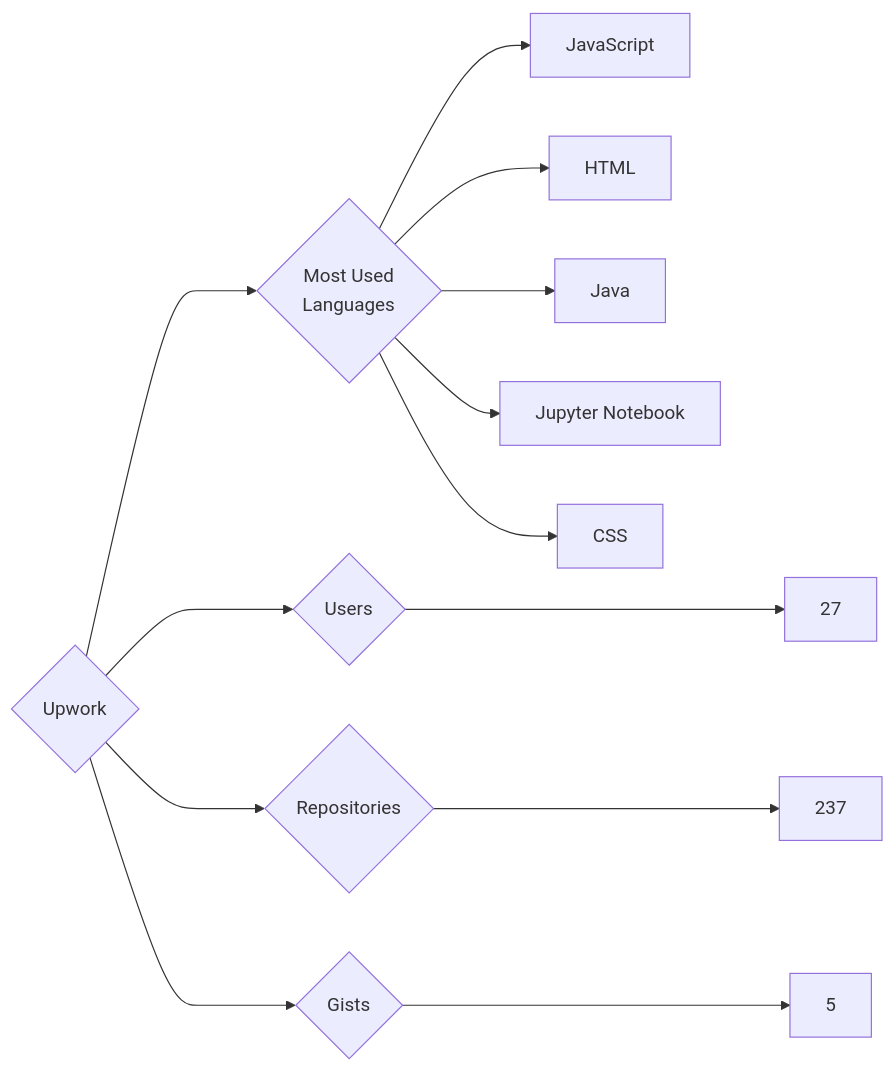
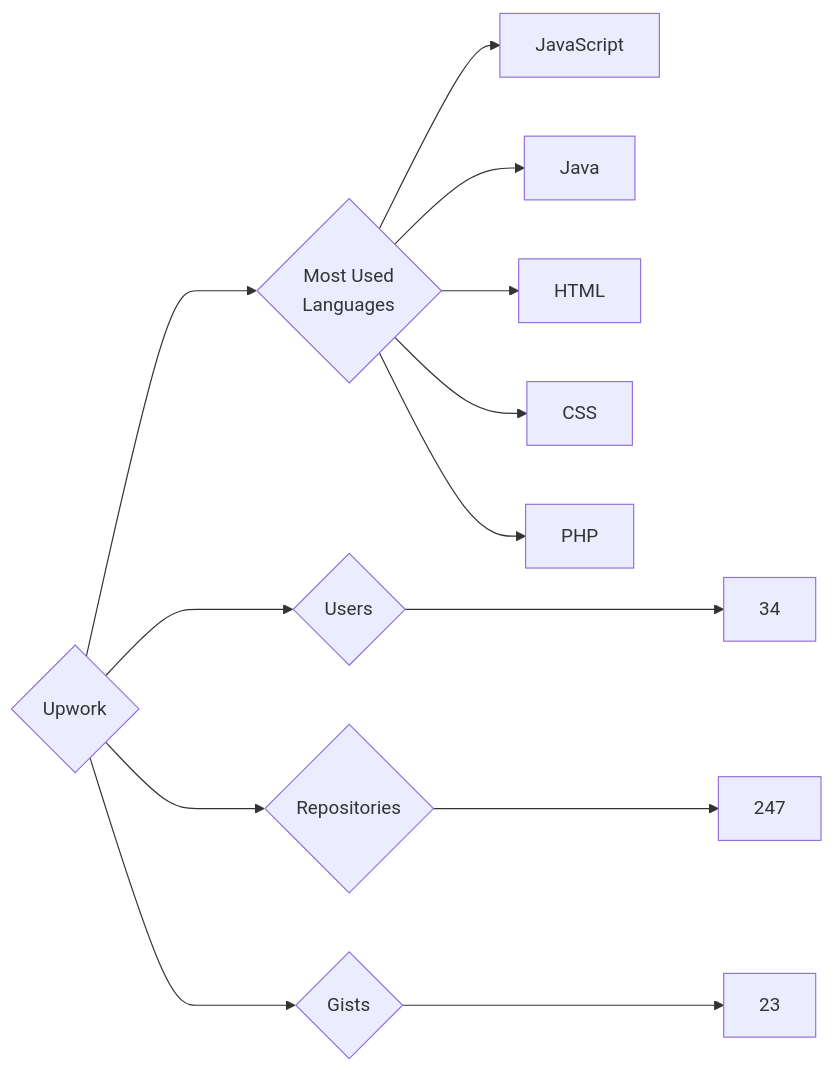
One commit to trickest/insiders changed the diagram in targets/Upwork/README.md. Above: the diagram before and after it, drawn with Mermaid. The commit also changed 948 other files, not shown here.

````diff
--- a/targets/Upwork/README.md
+++ b/targets/Upwork/README.md
@@ -3,13 +3,13 @@
 ```mermaid
 graph LR
 COMPANY_NAME{Upwork}
-COMPANY_NAME ---> U{Users} ---> UN[27]
-COMPANY_NAME ---> R{Repositories} ---> RN[237]
-COMPANY_NAME ---> G{Gists} ---> GN[5]
+COMPANY_NAME ---> U{Users} ---> UN[34]
+COMPANY_NAME ---> R{Repositories} ---> RN[247]
+COMPANY_NAME ---> G{Gists} ---> GN[23]
 COMPANY_NAME ---> ML{Most Used<br>Languages}
 ML --> JavaScript[JavaScript]
+ML --> Java[Java]
 ML --> HTML[HTML]
-ML --> Java[Java]
-ML --> Jupyter_Notebook[Jupyter Notebook]
 ML --> CSS[CSS]
+ML --> PHP[PHP]
 ```
````
